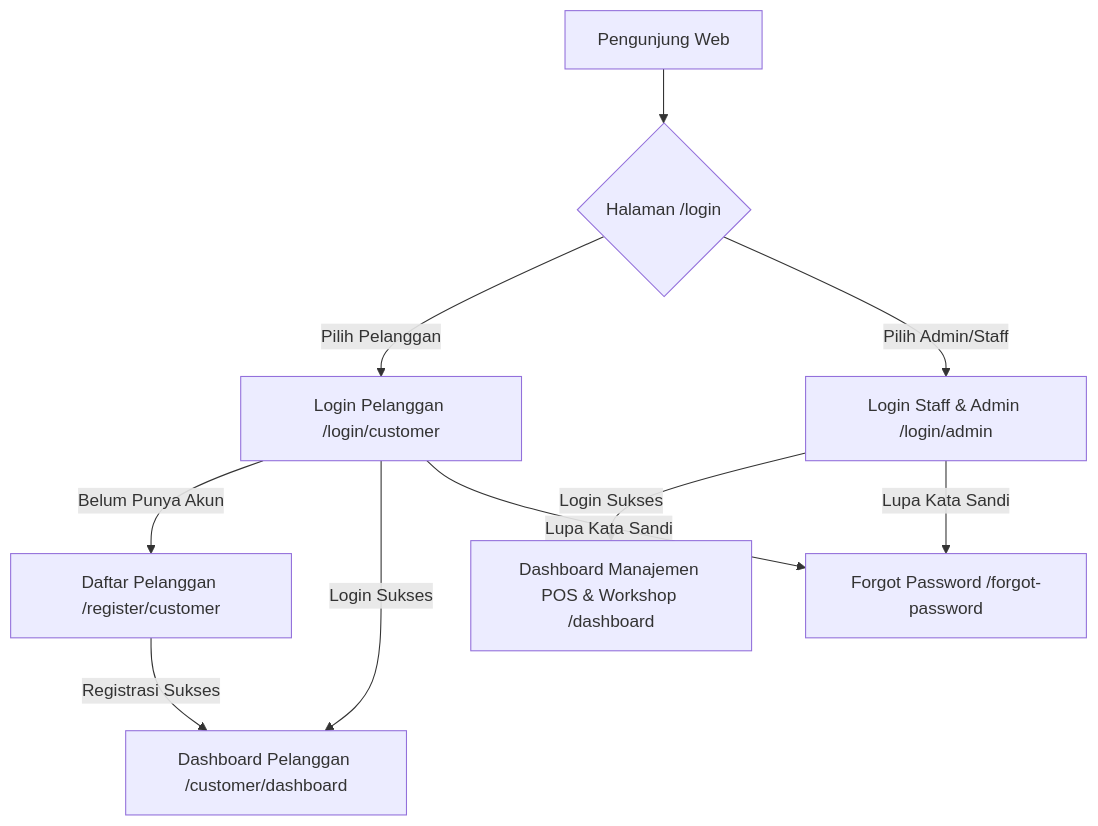
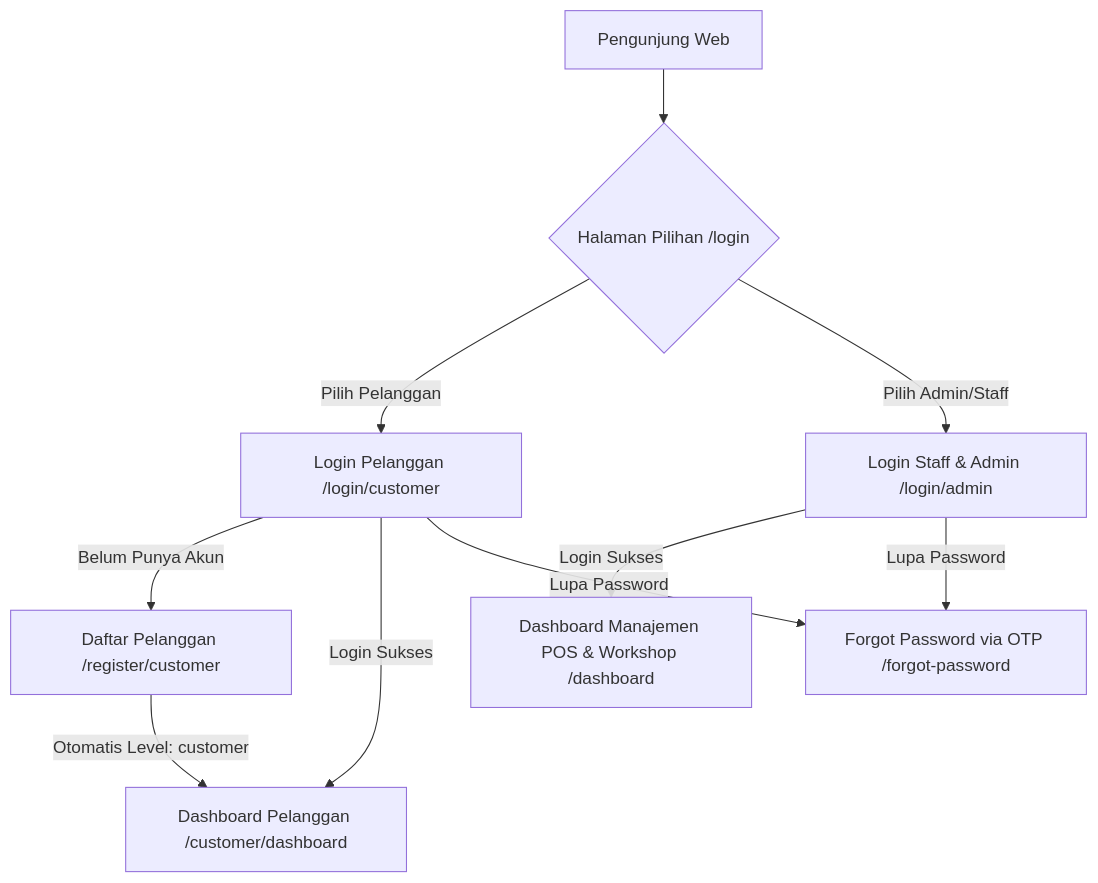
One commit to RifatJibranHudaya/Kaligraph-Design changed the fourth of 5 diagrams in DESIGN.md. Above: the diagram before and after it, drawn with Mermaid. The commit also changed other lines of this file and 50 other files, not shown here.

````diff
--- a/DESIGN.md
+++ b/DESIGN.md
@@ -102,12 +156,12 @@
 ```mermaid
 graph TD
-    A[Pengunjung Web] --> B{Halaman /login}
+    A[Pengunjung Web] --> B{Halaman Pilihan /login}
     B -->|Pilih Pelanggan| C[Login Pelanggan /login/customer]
     B -->|Pilih Admin/Staff| D[Login Staff & Admin /login/admin]
     C -->|Belum Punya Akun| E[Daftar Pelanggan /register/customer]
-    E -->|Registrasi Sukses| F[Dashboard Pelanggan /customer/dashboard]
+    E -->|Otomatis Level: customer| F[Dashboard Pelanggan /customer/dashboard]
     C -->|Login Sukses| F
     D -->|Login Sukses| G[Dashboard Manajemen POS & Workshop /dashboard]
-    C -->|Lupa Kata Sandi| H[Forgot Password /forgot-password]
-    D -->|Lupa Kata Sandi| H
+    C -->|Lupa Password| H[Forgot Password via OTP /forgot-password]
+    D -->|Lupa Password| H
 ```
````
